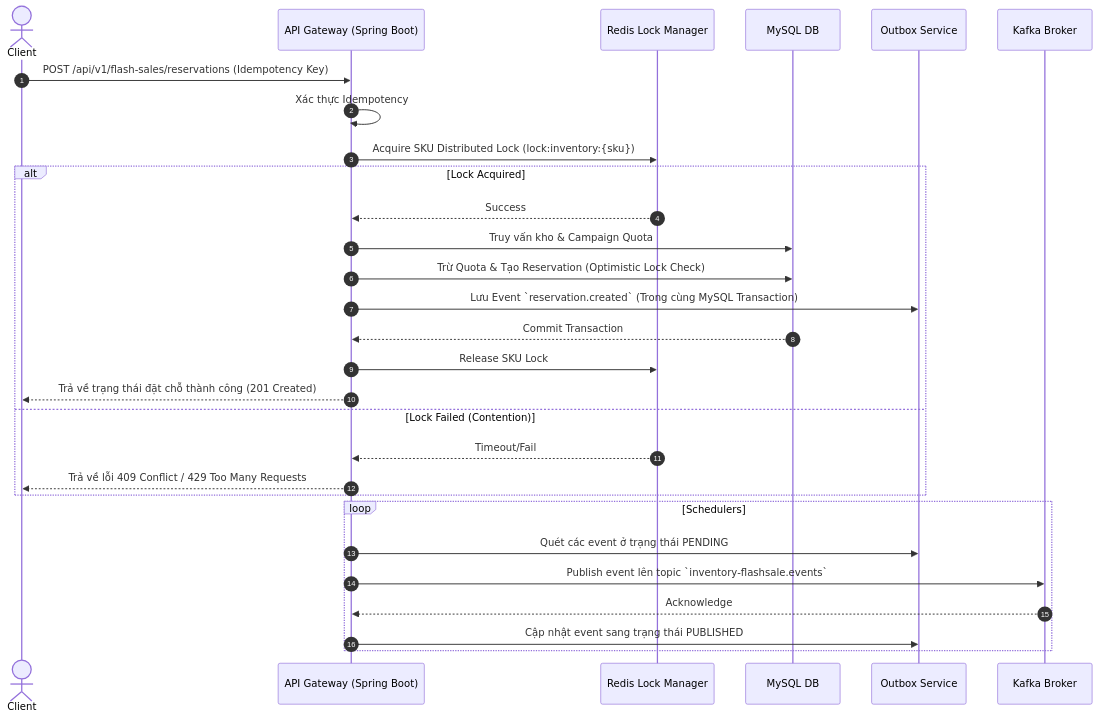
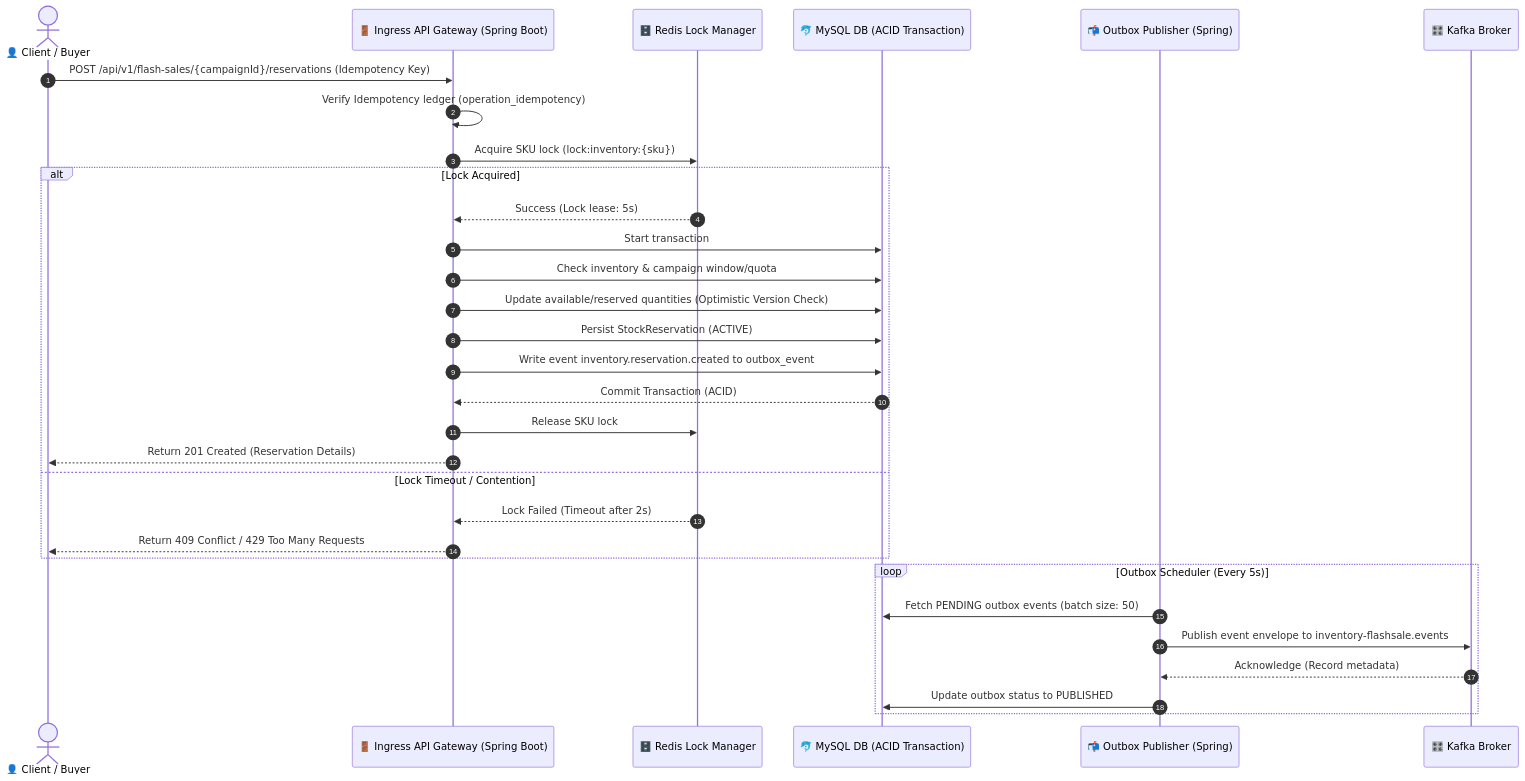
Before and after one commit to qwan30/inventory-flashsale-system: the second of 7 diagrams in README.md, drawn with Mermaid. The commit also changed other lines of this file and 23 other files, not shown here.

````diff
--- a/README.md
+++ b/README.md
@@ -30,33 +107,36 @@
 ```mermaid
 sequenceDiagram
     autonumber
-    actor Client
-    participant API as API Gateway (Spring Boot)
-    participant Redis as Redis Lock Manager
-    participant DB as MySQL DB
-    participant Outbox as Outbox Service
-    participant Kafka as Kafka Broker
+    actor C as 👤 Client / Buyer
+    participant API as 🚪 Ingress API Gateway (Spring Boot)
+    participant Redis as 🗄️ Redis Lock Manager
+    participant DB as 🐬 MySQL DB (ACID Transaction)
+    participant OB as 📬 Outbox Publisher (Spring)
+    participant KF as 🎛️ Kafka Broker
 
-    Client->>API: POST /api/v1/flash-sales/reservations (Idempotency Key)
-    API->>API: Xác thực Idempotency
-    API->>Redis: Acquire SKU Distributed Lock (lock:inventory:{sku})
+    C->>API: POST /api/v1/flash-sales/{campaignId}/reservations (Idempotency Key)
+    API->>API: Verify Idempotency ledger (operation_idempotency)
+    API->>Redis: Acquire SKU lock (lock:inventory:{sku})
+    
     alt Lock Acquired
-        Redis-->>API: Success
-        API->>DB: Truy vấn kho & Campaign Quota
-        API->>DB: Trừ Quota & Tạo Reservation (Optimistic Lock Check)
-        API->>Outbox: Lưu Event `reservation.created` (Trong cùng MySQL Transaction)
-        DB-->>API: Commit Transaction
-        API->>Redis: Release SKU Lock
-        API-->>Client: Trả về trạng thái đặt chỗ thành công (201 Created)
-    else Lock Failed (Contention)
-        Redis-->>API: Timeout/Fail
-        API-->>Client: Trả về lỗi 409 Conflict / 429 Too Many Requests
+        Redis-->>API: Success (Lock lease: 5s)
+        API->>DB: Start transaction
+        API->>DB: Check inventory & campaign window/quota
+        API->>DB: Update available/reserved quantities (Optimistic Version Check)
+        API->>DB: Persist StockReservation (ACTIVE)
+        API->>DB: Write event inventory.reservation.created to outbox_event
+        DB-->>API: Commit Transaction (ACID)
+        API->>Redis: Release SKU lock
+        API-->>C: Return 201 Created (Reservation Details)
+    else Lock Timeout / Contention
+        Redis-->>API: Lock Failed (Timeout after 2s)
+        API-->>C: Return 409 Conflict / 429 Too Many Requests
     end
-    
-    loop Schedulers
-        API->>Outbox: Quét các event ở trạng thái PENDING
-        API->>Kafka: Publish event lên topic `inventory-flashsale.events`
-        Kafka-->>API: Acknowledge
-        API->>Outbox: Cập nhật event sang trạng thái PUBLISHED
+
+    loop Outbox Scheduler (Every 5s)
+        OB->>DB: Fetch PENDING outbox events (batch size: 50)
+        OB->>KF: Publish event envelope to inventory-flashsale.events
+        KF-->>OB: Acknowledge (Record metadata)
+        OB->>DB: Update outbox status to PUBLISHED
     end
 ```
````
